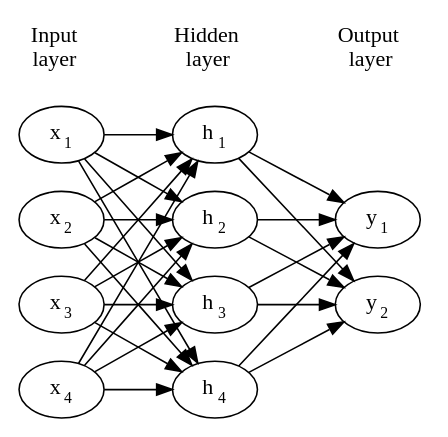
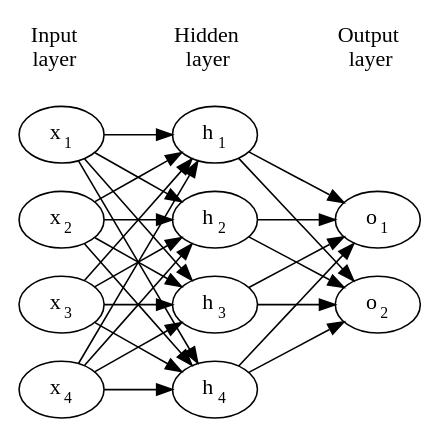
Before and after one commit to ufal/npfl114: the diagram in slides/01/neural_network.dot, drawn with Graphviz. The commit also changed 1 other file, not shown here.

Commit message:
Rename output layer from y to o.

```diff
--- a/slides/01/neural_network.dot
+++ b/slides/01/neural_network.dot
@@ -1,17 +1,17 @@
 digraph G { rankdir=LR; splines=line;
   x3 [ label=<x<sub><font point-size="10">3</font></sub>>]
   x4 [ label=<x<sub><font point-size="10">4</font></sub>>]
   x1 [ label=<x<sub><font point-size="10">1</font></sub>>]
   x2 [ label=<x<sub><font point-size="10">2</font></sub>>]
   h3 [ label=<h<sub><font point-size="10">3</font></sub>>]
   h4 [ label=<h<sub><font point-size="10">4</font></sub>>]
   h1 [ label=<h<sub><font point-size="10">1</font></sub>>]
   h2 [ label=<h<sub><font point-size="10">2</font></sub>>]
-  y1 [ label=<y<sub><font point-size="10">1</font></sub>>]
-  y2 [ label=<y<sub><font point-size="10">2</font></sub>>]
-  {x1, x2, x3, x4} -> {h1, h2, h3, h4} -> {y1, y2}
+  o1 [ label=<o<sub><font point-size="10">1</font></sub>>]
+  o2 [ label=<o<sub><font point-size="10">2</font></sub>>]
+  {x1, x2, x3, x4} -> {h1, h2, h3, h4} -> {o1, o2}
   lx [ label=<Input<br/>layer>; shape=none ]
   la [ label=<Hidden<br/>layer>; shape=none ]
-  ly [ label=<Output<br/>layer>; shape=none ]
-  lx -> la -> ly [ style=invis ]
+  lo [ label=<Output<br/>layer>; shape=none ]
+  lx -> la -> lo [ style=invis ]
 }
```
